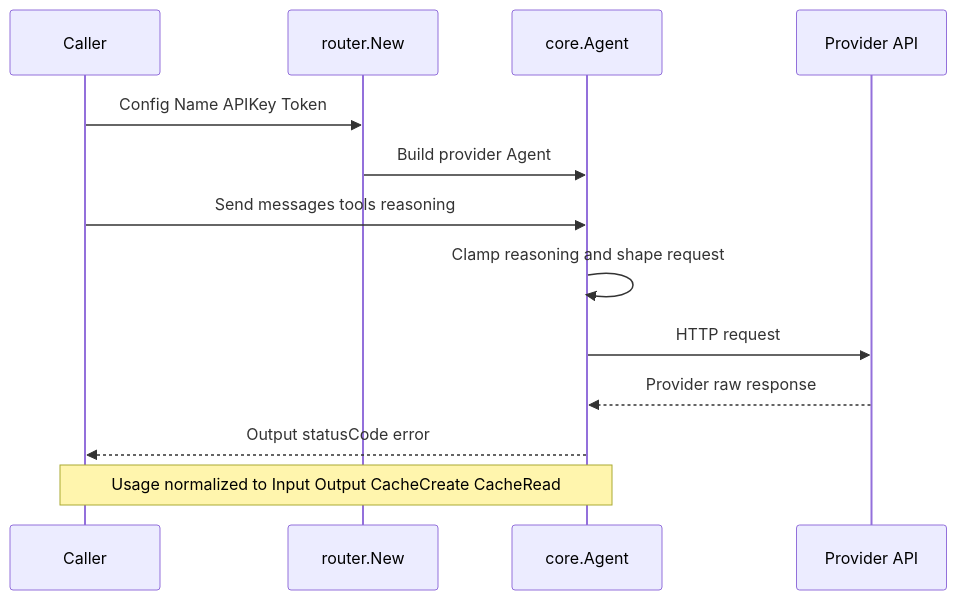
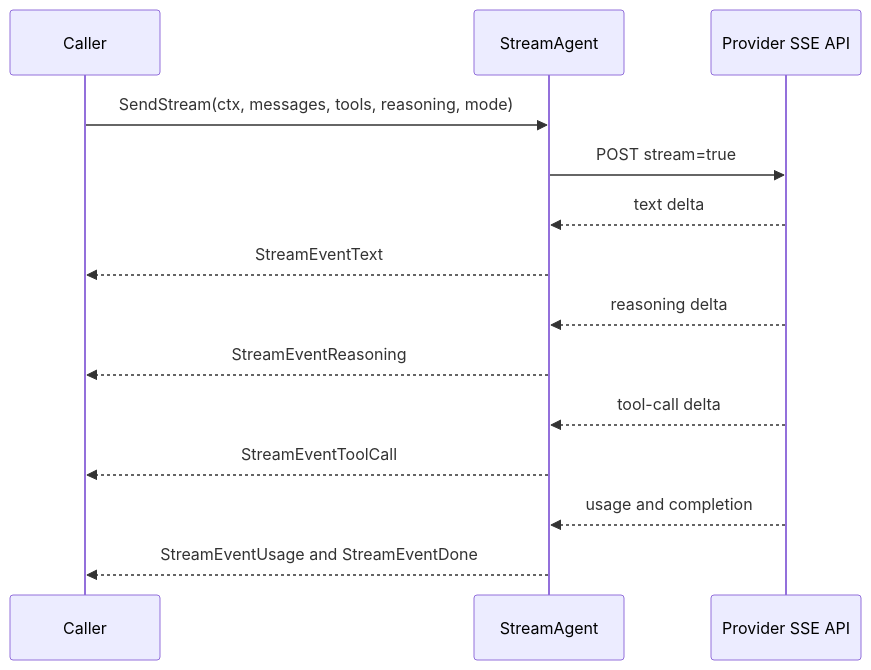
One commit to pardnchiu/go-llm-router changed the sixth of 10 diagrams in doc/architecture.md. Above: the diagram before and after it, drawn with Mermaid. The commit also changed other lines of this file and 3 other files, not shown here.

Commit message:
doc: Expand API and architecture documentation

````diff
--- a/doc/architecture.md
+++ b/doc/architecture.md
@@ -109,15 +203,17 @@
 ```mermaid
 sequenceDiagram
-    participant App as Caller
-    participant Router as router.New
-    participant Agent as core.Agent
-    participant API as Provider API
-    App->>Router: Config Name APIKey Token
-    Router->>Agent: Build provider Agent
-    App->>Agent: Send messages tools reasoning
-    Agent->>Agent: Clamp reasoning and shape request
-    Agent->>API: HTTP request
-    API-->>Agent: Provider raw response
-    Agent-->>App: Output statusCode error
-    Note over Agent,App: Usage normalized to Input Output CacheCreate CacheRead
+    participant Client as Caller
+    participant Agent as StreamAgent
+    participant API as Provider SSE API
+
+    Client->>Agent: SendStream(ctx, messages, tools, reasoning, mode)
+    Agent->>API: POST stream=true
+    API-->>Agent: text delta
+    Agent-->>Client: StreamEventText
+    API-->>Agent: reasoning delta
+    Agent-->>Client: StreamEventReasoning
+    API-->>Agent: tool-call delta
+    Agent-->>Client: StreamEventToolCall
+    API-->>Agent: usage and completion
+    Agent-->>Client: StreamEventUsage and StreamEventDone
 ```
````
